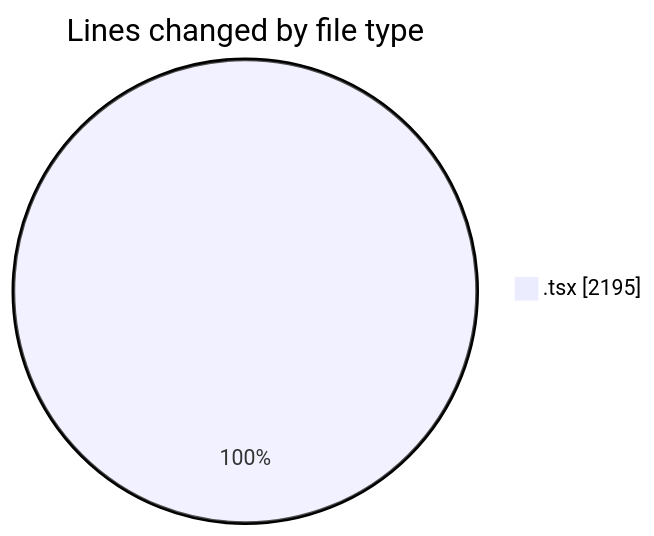
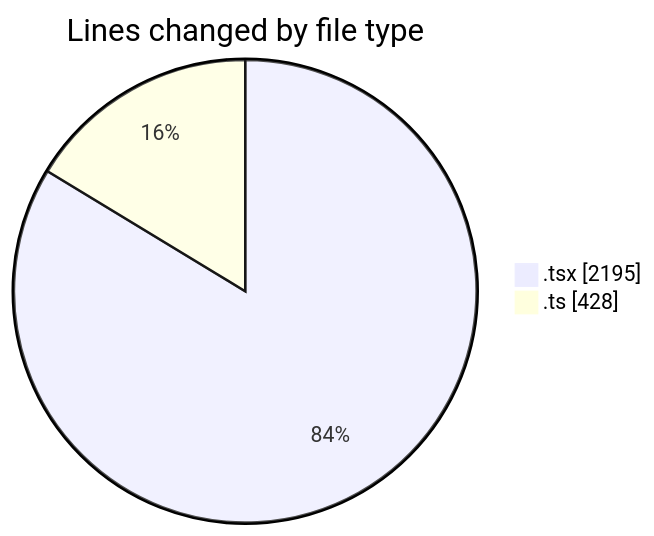
The first of 2 diagrams in 2026-06-19/nxtqube_webapp/README.md (nxtqubesakshisongat/code-tracking), drawn with Mermaid before and after one commit. The commit also changed other lines of this file and 1 other file, not shown here.

````diff
--- a/2026-06-19/nxtqube_webapp/README.md
+++ b/2026-06-19/nxtqube_webapp/README.md
@@ -21,5 +22,6 @@
 ```mermaid
 pie showData
 title Lines changed by file type
 ".tsx" : 2195
+".ts" : 428
 ```
````
